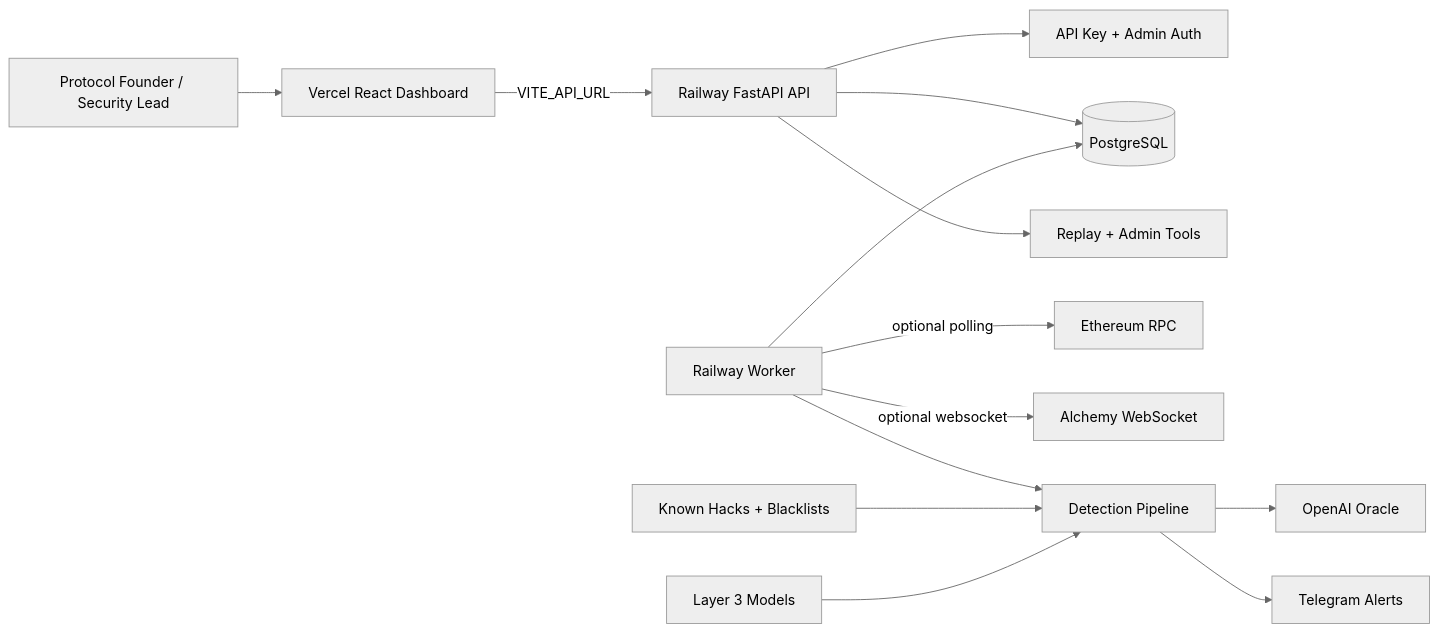
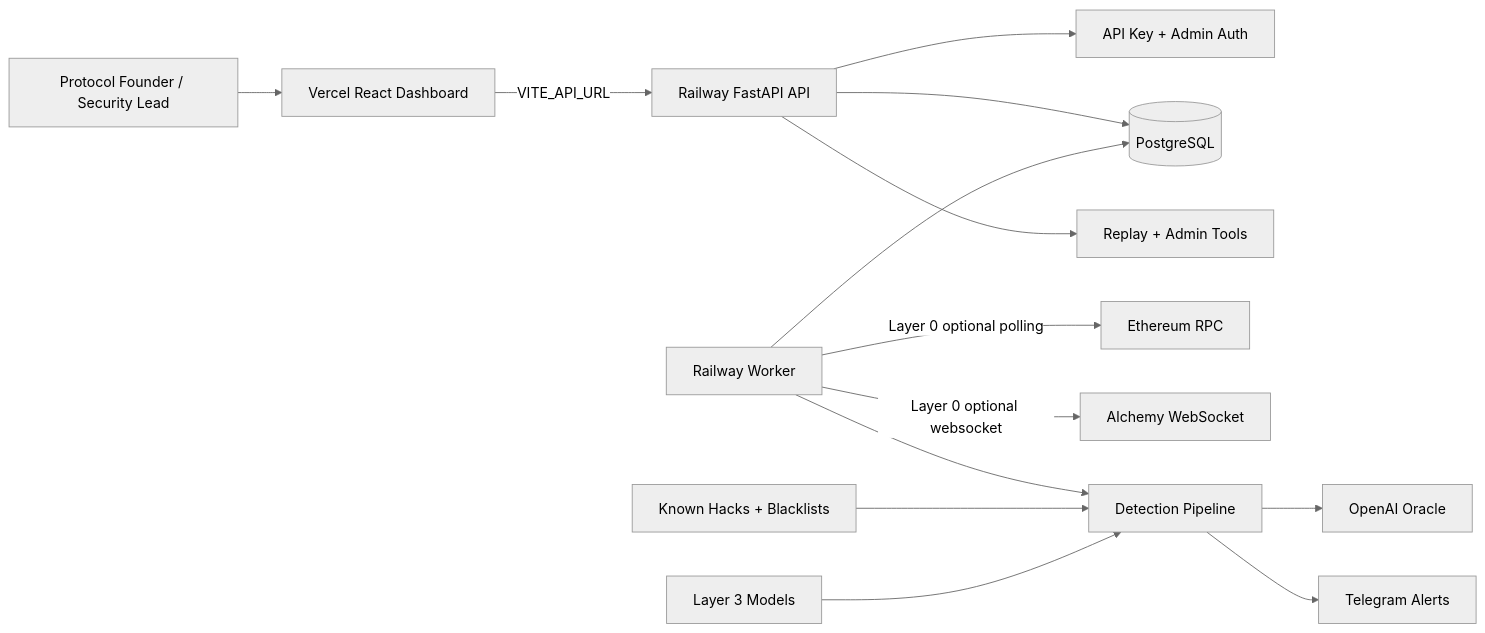
Before and after one commit to hasansazly/Talosly-startup: the first of 6 diagrams in README.md, drawn with Mermaid (neutral theme). The commit also changed other lines of this file, not shown here.

````diff
--- a/README.md
+++ b/README.md
@@ -66,18 +66,18 @@
 ```mermaid
 flowchart LR
   Founder[Protocol Founder / Security Lead] --> UI[Vercel React Dashboard]
   UI -->|VITE_API_URL| API[Railway FastAPI API]
   API --> Auth[API Key + Admin Auth]
   API --> DB[(PostgreSQL)]
   API --> Replay[Replay + Admin Tools]
 
   Worker[Railway Worker] --> DB
-  Worker -->|optional polling| RPC[Ethereum RPC]
-  Worker -->|optional websocket| WSS[Alchemy WebSocket]
+  Worker -->|Layer 0 optional polling| RPC[Ethereum RPC]
+  Worker -->|Layer 0 optional websocket| WSS[Alchemy WebSocket]
   Worker --> Pipeline[Detection Pipeline]
   Pipeline --> OpenAI[OpenAI Oracle]
   Pipeline --> Telegram[Telegram Alerts]
 
   Data[Known Hacks + Blacklists] --> Pipeline
   Models[Layer 3 Models] --> Pipeline
 ```
````
